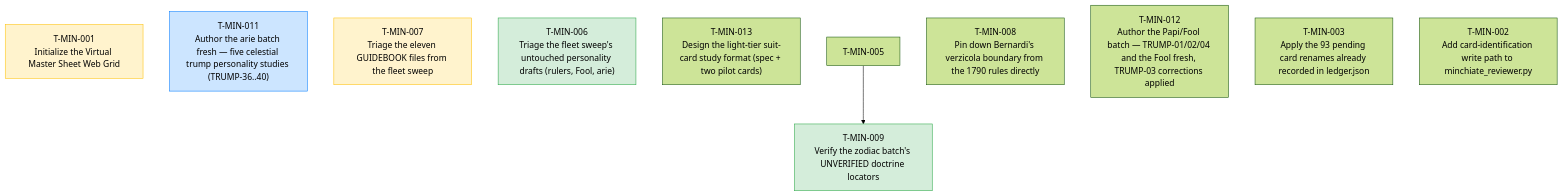
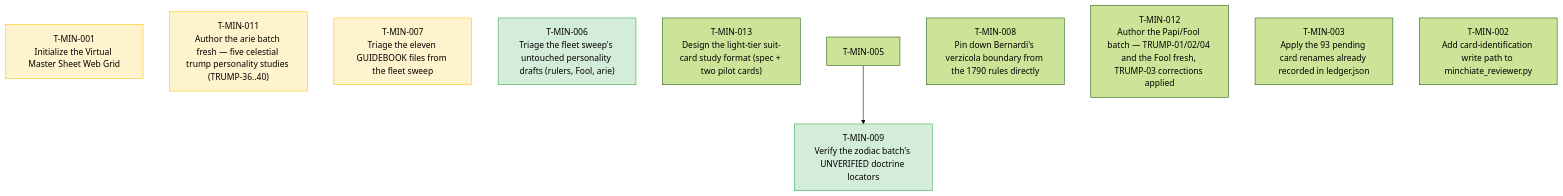
The diagram in TASKS.md (wgmilleriii/task_coordinator), drawn with Mermaid (forest theme) before and after one commit. The commit also changed other lines of this file and 2 other files, not shown here.

Commit message:
T-MIN-011: submit for peer review — handoff with head_sha 8c69b9f
Five arie personality studies (TRUMP-36..40) plus Arie_Batch_Verification_Report
authored fresh on minchiate_tarot branch test-T-MIN-011; verification PASS.

````diff
--- a/TASKS.md
+++ b/TASKS.md
@@ -7,18 +7,18 @@
 ```mermaid
 graph TD
     classDef done fill:#d4edda,stroke:#28a745,color:#000;
     classDef blocked fill:#f8d7da,stroke:#dc3545,color:#000;
     classDef review fill:#fff3cd,stroke:#ffc107,color:#000;
     classDef active fill:#cce5ff,stroke:#007bff,color:#000;
     T-MIN-001["T-MIN-001<br/>Initialize the Virtual Master Sheet Web Grid"]:::review
-    T-MIN-011["T-MIN-011<br/>Author the arie batch fresh — five celestial trump personality studies (TRUMP-36..40)"]:::active
+    T-MIN-011["T-MIN-011<br/>Author the arie batch fresh — five celestial trump personality studies (TRUMP-36..40)"]:::review
     T-MIN-007["T-MIN-007<br/>Triage the eleven GUIDEBOOK files from the fleet sweep"]:::review
     T-MIN-006["T-MIN-006<br/>Triage the fleet sweep's untouched personality drafts (rulers, Fool, arie)"]:::done
     T-MIN-013["T-MIN-013<br/>Design the light-tier suit-card study format (spec + two pilot cards)"]
     T-MIN-009["T-MIN-009<br/>Verify the zodiac batch's UNVERIFIED doctrine locators"]:::done
     T-MIN-005 --> T-MIN-009
     T-MIN-008["T-MIN-008<br/>Pin down Bernardi's verzicola boundary from the 1790 rules directly"]
     T-MIN-012["T-MIN-012<br/>Author the Papi/Fool batch — TRUMP-01/02/04 and the Fool fresh, TRUMP-03 corrections applied"]
     T-MIN-003["T-MIN-003<br/>Apply the 93 pending card renames already recorded in ledger.json"]
     T-MIN-002["T-MIN-002<br/>Add card-identification write path to minchiate_reviewer.py"]
 ```
````
